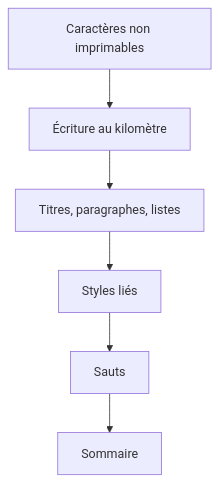
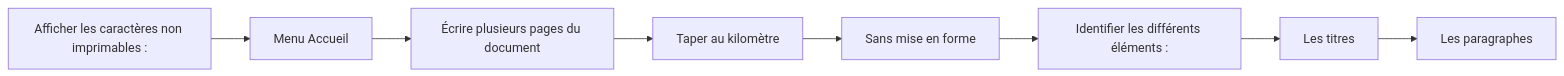
The fifth of 5 diagrams in docs/modules/03-microsoft-365-outils-collaboratifs/module-02-connaissances-des-notions-de-base-word.md (sk34pk25/tssr-cours), drawn with Mermaid before and after one commit. The commit also changed other lines of this file and 4 other files, not shown here.

````diff
--- a/docs/modules/03-microsoft-365-outils-collaboratifs/module-02-connaissances-des-notions-de-base-word.md
+++ b/docs/modules/03-microsoft-365-outils-collaboratifs/module-02-connaissances-des-notions-de-base-word.md
@@ -48,8 +173,18 @@
 ```mermaid
-flowchart TD
-    A["Caractères non imprimables"] --> B["Écriture au kilomètre"]
-    B --> C["Titres, paragraphes, listes"]
-    C --> D["Styles liés"]
-    D --> E["Sauts"]
-    E --> F["Sommaire"]
+flowchart LR
+    N1["Afficher les caractères non imprimables :"]
+    N2["Menu Accueil"]
+    N3["Écrire plusieurs pages du document"]
+    N4["Taper au kilomètre"]
+    N5["Sans mise en forme"]
+    N6["Identifier les différents éléments :"]
+    N7["Les titres"]
+    N8["Les paragraphes"]
+    N1 --> N2
+    N2 --> N3
+    N3 --> N4
+    N4 --> N5
+    N5 --> N6
+    N6 --> N7
+    N7 --> N8
 ```
````
